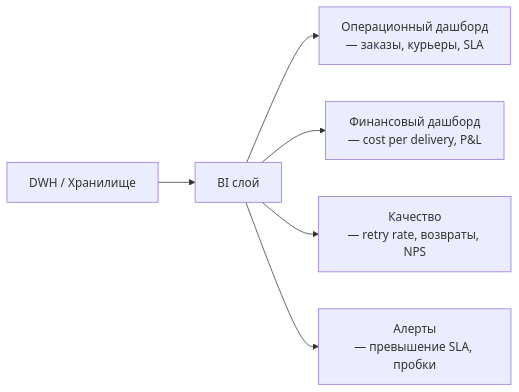
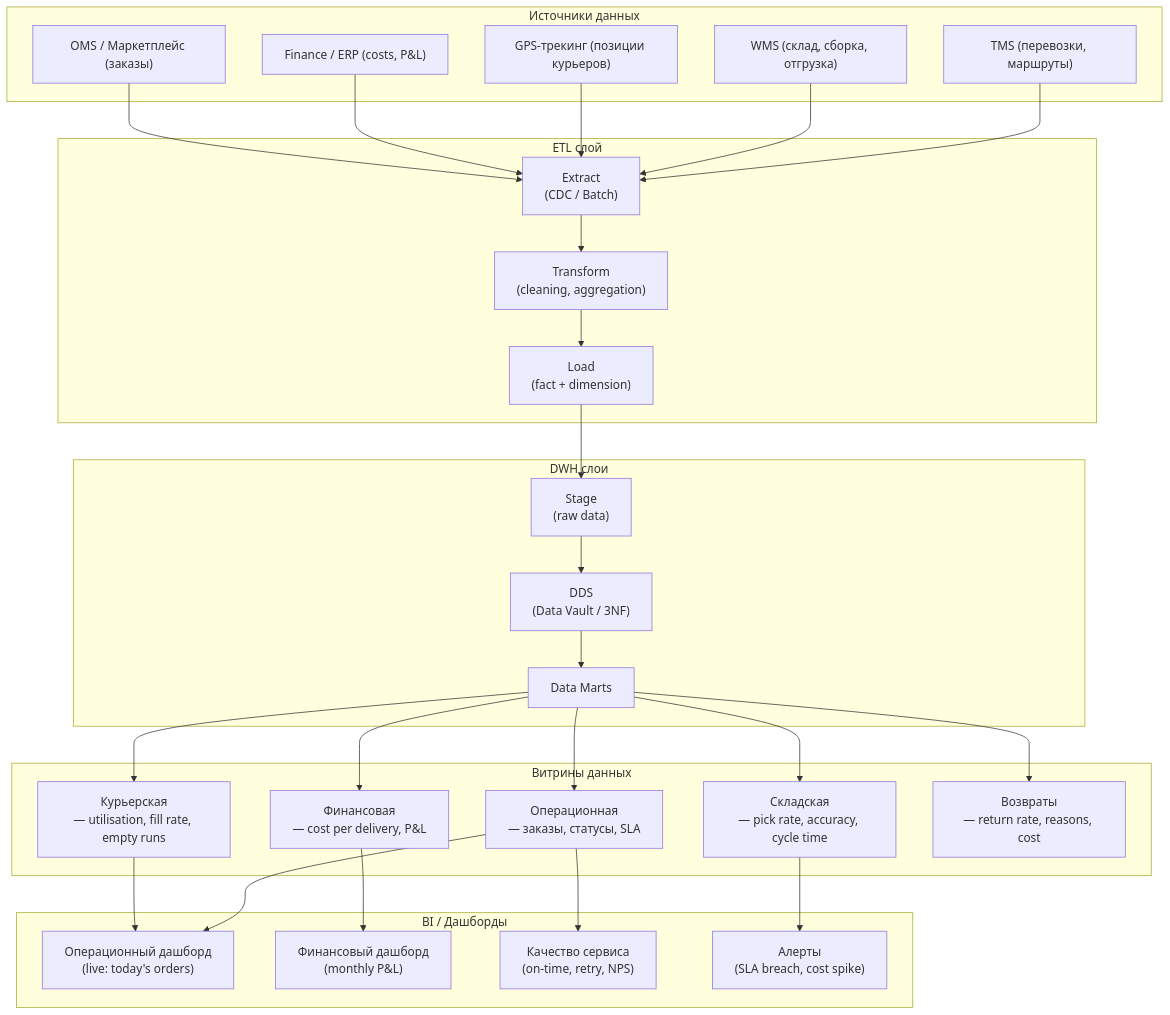
One commit to sergeyodnoval-bot/sysanalyst-kb.github.io changed the first of 2 diagrams in docs/specialization/logistics-analytics.md. Above: the diagram before and after it, drawn with Mermaid. The commit also changed other lines of this file and 13 other files, not shown here.

````diff
--- a/docs/specialization/logistics-analytics.md
+++ b/docs/specialization/logistics-analytics.md
@@ -32,8 +65,58 @@
 ```mermaid
-flowchart LR
-    DWH["DWH / Хранилище"] --> BI["BI слой"]
-    BI --> DASH1["Операционный дашборд<br/>— заказы, курьеры, SLA"]
-    BI --> DASH2["Финансовый дашборд<br/>— cost per delivery, P&L"]
-    BI --> DASH3["Качество<br/>— retry rate, возвраты, NPS"]
-    BI --> ALERTS["Алерты<br/>— превышение SLA, пробки"]
+flowchart TD
+    subgraph Sources["Источники данных"]
+        TMS_SRC["TMS (перевозки, маршруты)"]
+        WMS_SRC["WMS (склад, сборка, отгрузка)"]
+        GPS_SRC["GPS-трекинг (позиции курьеров)"]
+        FIN_SRC["Finance / ERP (costs, P&L)"]
+        OMS_SRC["OMS / Маркетплейс (заказы)"]
+    end
+
+    subgraph ETL["ETL слой"]
+        EXTRACT["Extract<br/>(CDC / Batch)"]
+        TRANSFORM["Transform<br/>(cleaning, aggregation)"]
+        LOAD["Load<br/>(fact + dimension)"]
+    end
+
+    subgraph DWH["DWH слои"]
+        STG["Stage<br/>(raw data)"]
+        DDS["DDS<br/>(Data Vault / 3NF)"]
+        DM["Data Marts"]
+    end
+
+    subgraph Data_Marts["Витрины данных"]
+        DM_OP["Операционная<br/>— заказы, статусы, SLA"]
+        DM_COST["Финансовая<br/>— cost per delivery, P&L"]
+        DM_WMS["Складская<br/>— pick rate, accuracy, cycle time"]
+        DM_DRIVER["Курьерская<br/>— utilisation, fill rate, empty runs"]
+        DM_RETURN["Возвраты<br/>— return rate, reasons, cost"]
+    end
+
+    subgraph BI["BI / Дашборды"]
+        DASH_OP["Операционный дашборд<br/>(live: today's orders)"]
+        DASH_FIN["Финансовый дашборд<br/>(monthly P&L)"]
+        DASH_QUAL["Качество сервиса<br/>(on-time, retry, NPS)"]
+        ALERTS["Алерты<br/>(SLA breach, cost spike)"]
+    end
+
+    TMS_SRC --> EXTRACT
+    WMS_SRC --> EXTRACT
+    GPS_SRC --> EXTRACT
+    FIN_SRC --> EXTRACT
+    OMS_SRC --> EXTRACT
+    EXTRACT --> TRANSFORM
+    TRANSFORM --> LOAD
+    LOAD --> STG
+    STG --> DDS
+    DDS --> DM
+    DM --> DM_OP
+    DM --> DM_COST
+    DM --> DM_WMS
+    DM --> DM_DRIVER
+    DM --> DM_RETURN
+    DM_OP --> DASH_OP
+    DM_COST --> DASH_FIN
+    DM_OP --> DASH_QUAL
+    DM_DRIVER --> DASH_OP
+    DM_WMS --> ALERTS
 ```
````
